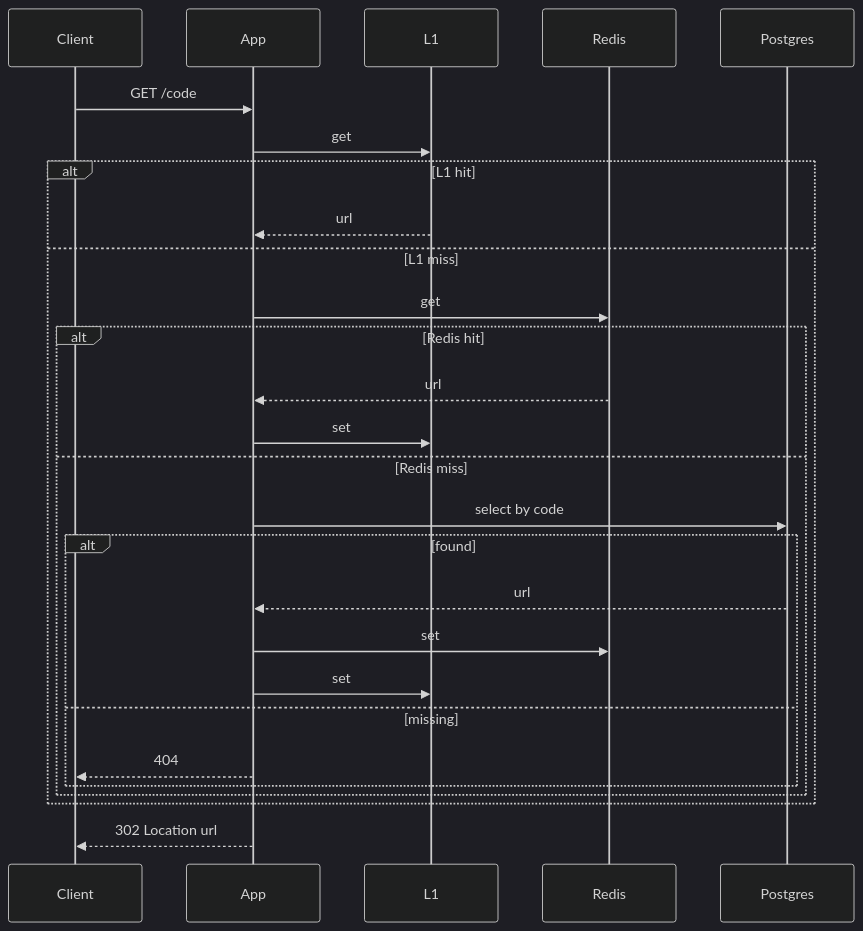
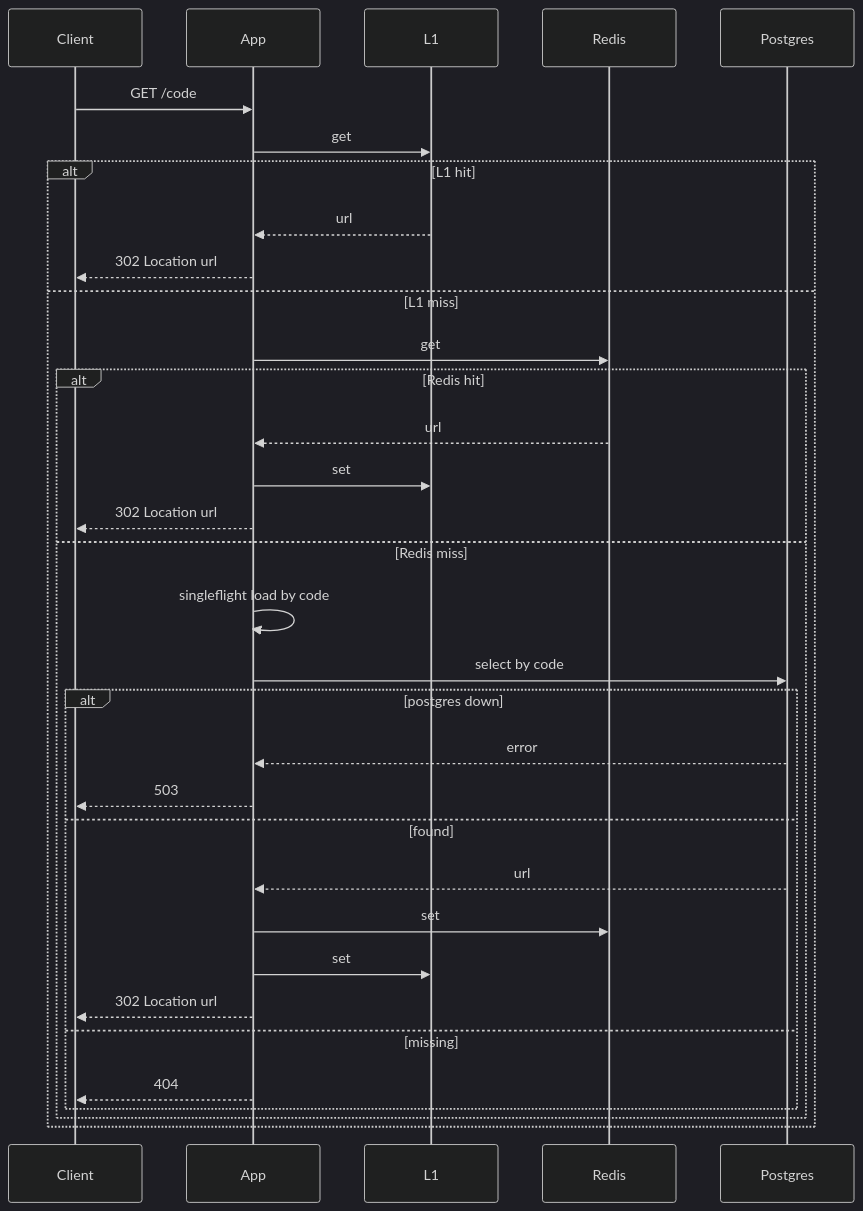
One commit to CharlotteYW/system-design-interview changed the third of 3 diagrams in questions/url-shortener/FLOW.md. Above: the diagram before and after it, drawn with Mermaid (dark theme). The commit also changed other lines of this file and 8 other files, not shown here.

````diff
--- a/questions/url-shortener/FLOW.md
+++ b/questions/url-shortener/FLOW.md
@@ -45,29 +41,35 @@
 ```mermaid
 sequenceDiagram
   participant C as Client
   participant S as App
   participant L1 as L1
   participant R as Redis
   participant D as Postgres
   C->>S: GET /code
   S->>L1: get
   alt L1 hit
     L1-->>S: url
+    S-->>C: 302 Location url
   else L1 miss
     S->>R: get
     alt Redis hit
       R-->>S: url
       S->>L1: set
+      S-->>C: 302 Location url
     else Redis miss
+      S->>S: singleflight load by code
       S->>D: select by code
-      alt found
+      alt postgres down
+        D-->>S: error
+        S-->>C: 503
+      else found
         D-->>S: url
         S->>R: set
         S->>L1: set
+        S-->>C: 302 Location url
       else missing
         S-->>C: 404
       end
     end
   end
-  S-->>C: 302 Location url
 ```
````
